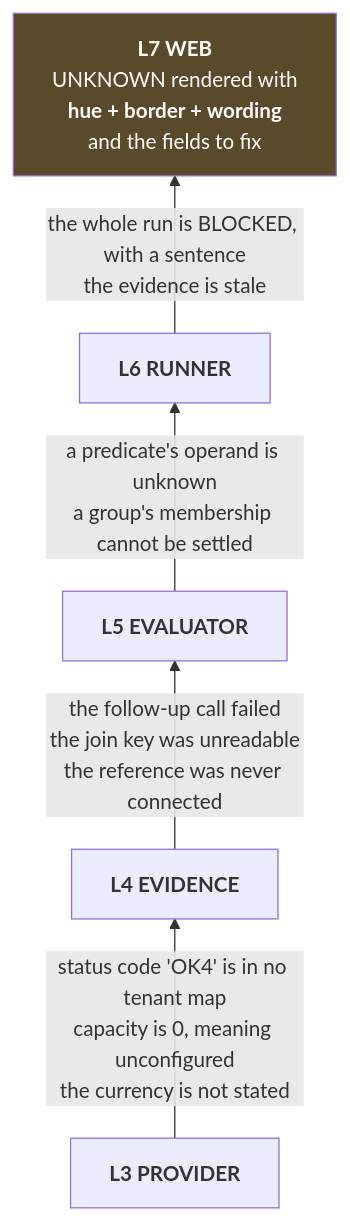
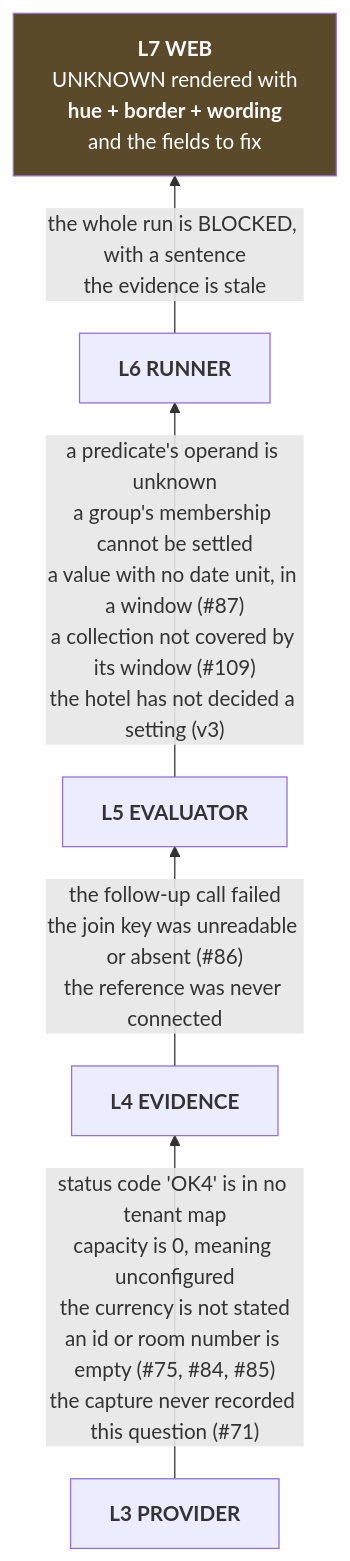
One commit to sauravs/miniHotelPMS changed the ninth of 11 diagrams in docs/project-explainer/03-code-architecture.md. Above: the diagram before and after it, drawn with Mermaid. The commit also changed other lines of this file and 4 other files, not shown here.

````diff
--- a/docs/project-explainer/03-code-architecture.md
+++ b/docs/project-explainer/03-code-architecture.md
@@ -459,10 +534,10 @@
 ```mermaid
 flowchart BT
-    P["<b>L3 PROVIDER</b>"] -->|"status code 'OK4' is in no tenant map<br/>capacity is 0, meaning unconfigured<br/>the currency is not stated"| E
-    E["<b>L4 EVIDENCE</b>"] -->|"the follow-up call failed<br/>the join key was unreadable<br/>the reference was never connected"| V
-    V["<b>L5 EVALUATOR</b>"] -->|"a predicate's operand is unknown<br/>a group's membership cannot be settled"| R
+    P["<b>L3 PROVIDER</b>"] -->|"status code 'OK4' is in no tenant map<br/>capacity is 0, meaning unconfigured<br/>the currency is not stated<br/>an id or room number is empty (#75, #84, #85)<br/>the capture never recorded this question (#71)"| E
+    E["<b>L4 EVIDENCE</b>"] -->|"the follow-up call failed<br/>the join key was unreadable or absent (#86)<br/>the reference was never connected"| V
+    V["<b>L5 EVALUATOR</b>"] -->|"a predicate's operand is unknown<br/>a group's membership cannot be settled<br/>a value with no date unit, in a window (#87)<br/>a collection not covered by its window (#109)<br/>the hotel has not decided a setting (v3)"| R
     R["<b>L6 RUNNER</b>"] -->|"the whole run is BLOCKED, with a sentence<br/>the evidence is stale"| W
     W["<b>L7 WEB</b><br/>UNKNOWN rendered with<br/><b>hue + border + wording</b><br/>and the fields to fix"]
 
     style W fill:#5a4a2a,color:#fff
 ```
````
